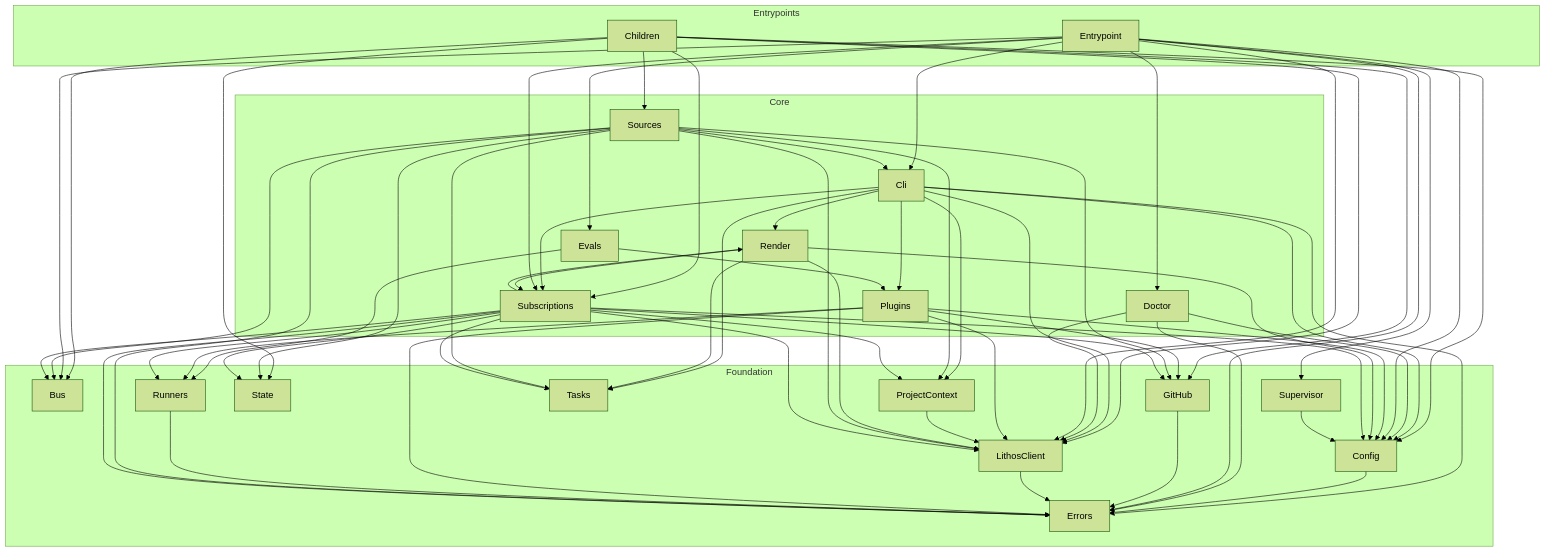
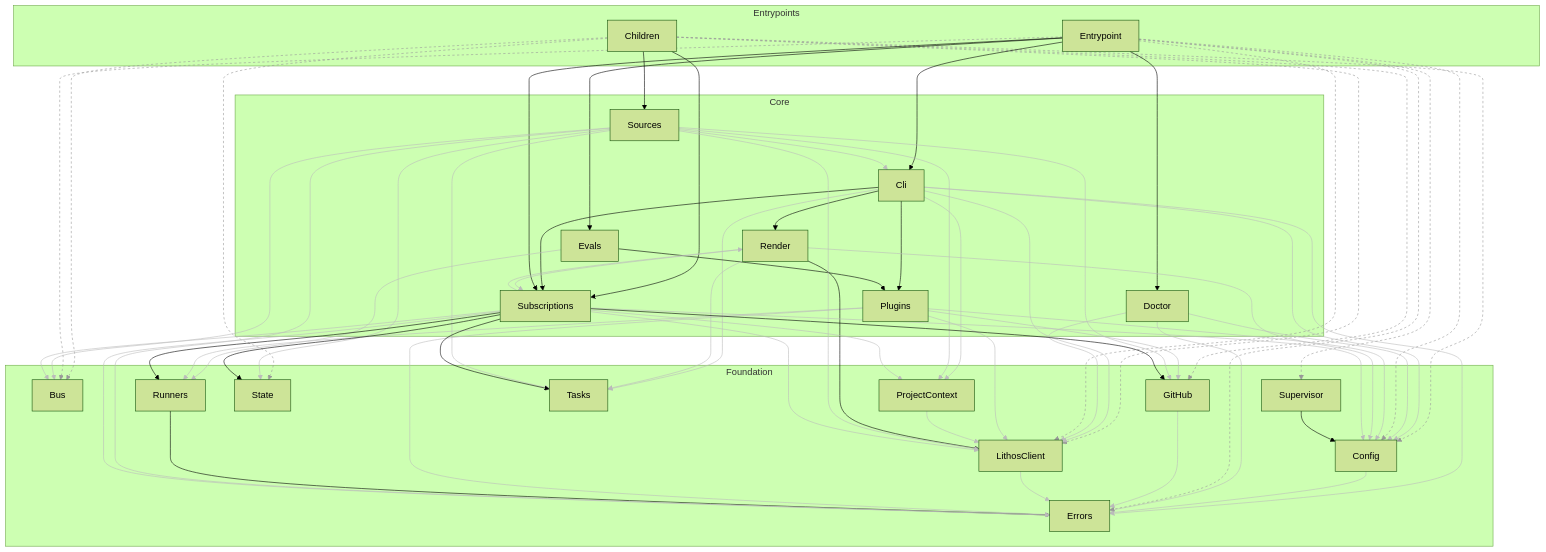
Before and after one commit to agent-lore/lithos-loom: the diagram in docs/generated/architecture.md, drawn with Mermaid (forest theme). The commit also changed 50 other files, not shown here.

````diff
--- a/docs/generated/architecture.md
+++ b/docs/generated/architecture.md
@@ -30,6 +30,25 @@
     Supervisor
     Tasks
   end
+  click Bus "components/Bus.md"
+  click Children "components/Children.md"
+  click Cli "components/Cli.md"
+  click Config "components/Config.md"
+  click Doctor "components/Doctor.md"
+  click Entrypoint "components/Entrypoint.md"
+  click Errors "components/Errors.md"
+  click Evals "components/Evals.md"
+  click GitHub "components/GitHub.md"
+  click LithosClient "components/LithosClient.md"
+  click Plugins "components/Plugins.md"
+  click ProjectContext "components/ProjectContext.md"
+  click Render "components/Render.md"
+  click Runners "components/Runners.md"
+  click Sources "components/Sources.md"
+  click State "components/State.md"
+  click Subscriptions "components/Subscriptions.md"
+  click Supervisor "components/Supervisor.md"
+  click Tasks "components/Tasks.md"
   Children --> Bus
   Children --> Config
   Children --> GitHub
@@ -92,4 +111,49 @@
   Subscriptions --> State
   Subscriptions --> Tasks
   Supervisor --> Config
+  linkStyle 0 stroke:#999,stroke-dasharray:4
+  linkStyle 1 stroke:#999,stroke-dasharray:4
+  linkStyle 2 stroke:#999,stroke-dasharray:4
+  linkStyle 3 stroke:#999,stroke-dasharray:4
+  linkStyle 5 stroke:#999,stroke-dasharray:4
+  linkStyle 7 stroke:#bbb
+  linkStyle 8 stroke:#bbb
+  linkStyle 9 stroke:#bbb
+  linkStyle 11 stroke:#bbb
+  linkStyle 14 stroke:#bbb
+  linkStyle 15 stroke:#bbb
+  linkStyle 16 stroke:#bbb
+  linkStyle 17 stroke:#bbb
+  linkStyle 18 stroke:#bbb
+  linkStyle 19 stroke:#999,stroke-dasharray:4
+  linkStyle 21 stroke:#999,stroke-dasharray:4
+  linkStyle 23 stroke:#999,stroke-dasharray:4
+  linkStyle 25 stroke:#999,stroke-dasharray:4
+  linkStyle 27 stroke:#999,stroke-dasharray:4
+  linkStyle 29 stroke:#bbb
+  linkStyle 30 stroke:#bbb
+  linkStyle 31 stroke:#bbb
+  linkStyle 32 stroke:#bbb
+  linkStyle 33 stroke:#bbb
+  linkStyle 34 stroke:#bbb
+  linkStyle 35 stroke:#bbb
+  linkStyle 36 stroke:#bbb
+  linkStyle 37 stroke:#bbb
+  linkStyle 38 stroke:#bbb
+  linkStyle 40 stroke:#bbb
+  linkStyle 41 stroke:#bbb
+  linkStyle 43 stroke:#bbb
+  linkStyle 44 stroke:#bbb
+  linkStyle 45 stroke:#bbb
+  linkStyle 46 stroke:#bbb
+  linkStyle 47 stroke:#bbb
+  linkStyle 48 stroke:#bbb
+  linkStyle 49 stroke:#bbb
+  linkStyle 50 stroke:#bbb
+  linkStyle 51 stroke:#bbb
+  linkStyle 52 stroke:#bbb
+  linkStyle 53 stroke:#bbb
+  linkStyle 55 stroke:#bbb
+  linkStyle 56 stroke:#bbb
+  linkStyle 57 stroke:#bbb
 ```
````
